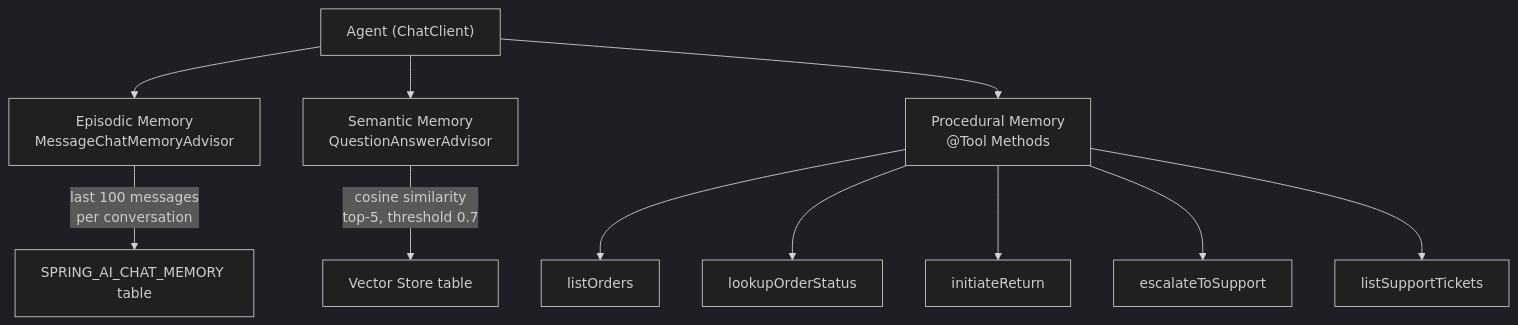
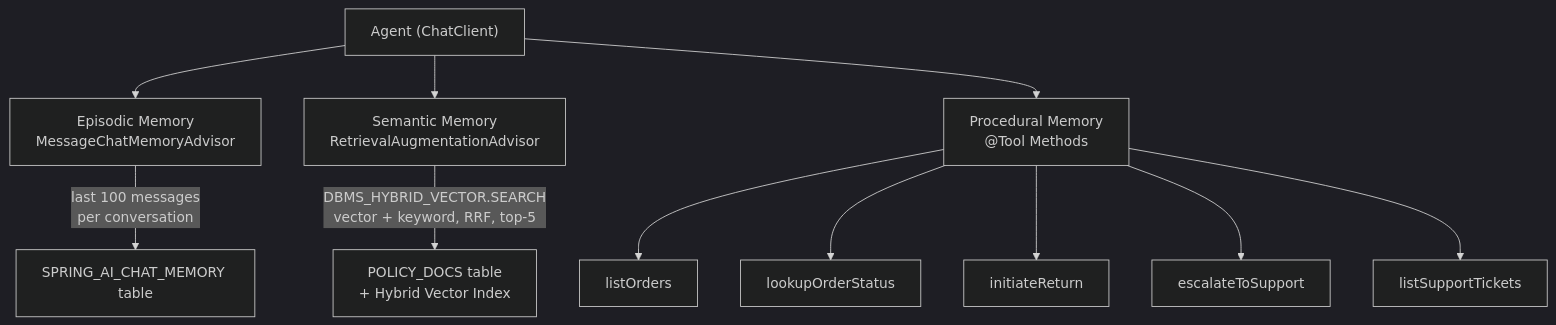
Before and after one commit to vmleon/oracle-database-java-agent-memory: the second of 3 diagrams in README.md, drawn with Mermaid (dark theme). The commit also changed other lines of this file and 13 other files, not shown here.

Commit message:
add hybrid vector search (OracleHybridDocumentRetriever + DBMS_HYBRID_VECTOR.SEARCH), policy docs seeder, structured logging, and update docs

````diff
--- a/README.md
+++ b/README.md
@@ -25,15 +27,15 @@
 ```mermaid
 graph TD
     Agent["Agent (ChatClient)"]
     Agent --> E["Episodic Memory<br/>MessageChatMemoryAdvisor"]
-    Agent --> S["Semantic Memory<br/>QuestionAnswerAdvisor"]
+    Agent --> S["Semantic Memory<br/>RetrievalAugmentationAdvisor"]
     Agent --> P["Procedural Memory<br/>@Tool Methods"]
 
     E --> |"last 100 messages<br/>per conversation"| DB1["SPRING_AI_CHAT_MEMORY table"]
-    S --> |"cosine similarity<br/>top-5, threshold 0.7"| DB2["Vector Store table"]
+    S --> |"DBMS_HYBRID_VECTOR.SEARCH<br/>vector + keyword, RRF, top-5"| DB2["POLICY_DOCS table<br/>+ Hybrid Vector Index"]
     P --> T1["listOrders"]
     P --> T2["lookupOrderStatus"]
     P --> T3["initiateReturn"]
     P --> T4["escalateToSupport"]
     P --> T5["listSupportTickets"]
 ```
````
